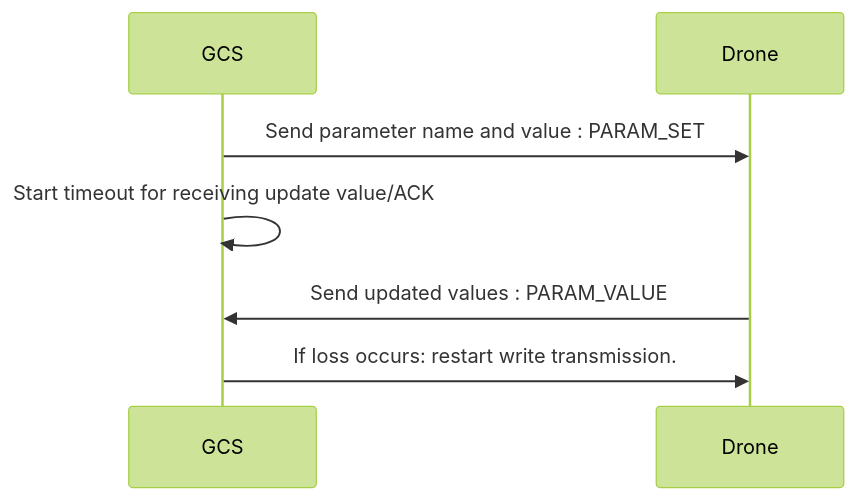
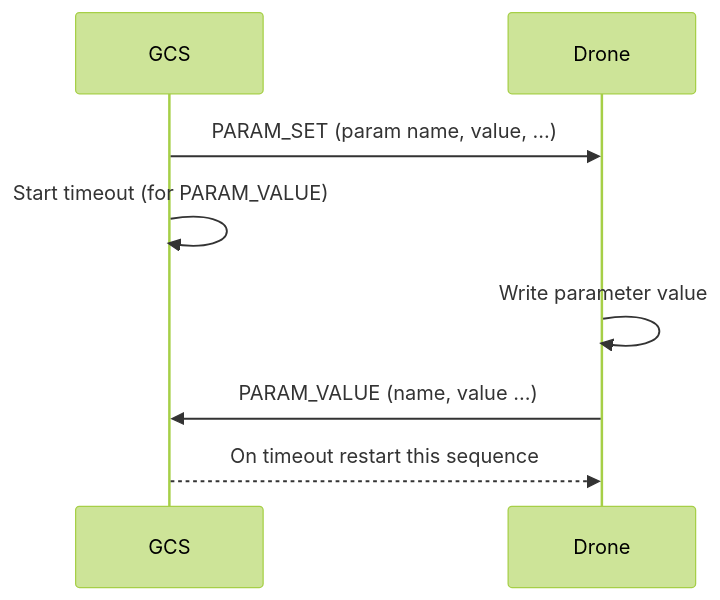
The third of 3 diagrams in en/services/parameter.md (mavlink/mavlink-devguide), drawn with Mermaid (forest theme) before and after one commit. The commit also changed other lines of this file, not shown here.

Commit message:
Update parametr read/write operation sections

```diff
--- a/en/services/parameter.md
+++ b/en/services/parameter.md
@@ -98,9 +132,10 @@
 {% mermaid %}
 sequenceDiagram;
     participant GCS
     participant Drone
-    GCS->>Drone: Send parameter name and value : PARAM_SET
-    GCS->>GCS: Start timeout for receiving update value/ACK
-    Drone->>GCS: Send updated values : PARAM_VALUE
-    GCS->>Drone: If loss occurs: restart write transmission.
+    GCS->>Drone: PARAM_SET (param name, value, ...)
+    GCS->>GCS: Start timeout (for PARAM_VALUE)
+    Drone->>Drone: Write parameter value
+    Drone->>GCS: PARAM_VALUE (name, value ...)
+    GCS-->>Drone: On timeout restart this sequence
 {% endmermaid %}
```
